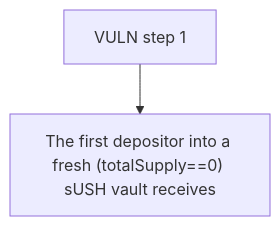
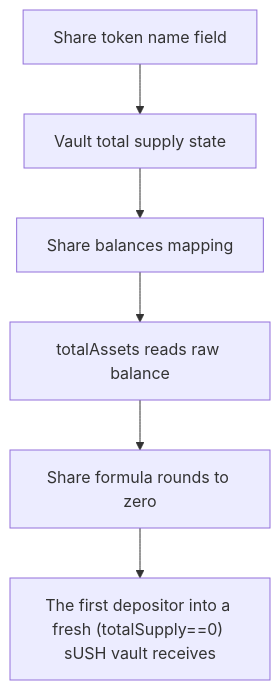
Before and after one commit to sanbir/evm-hack-registry: the diagram in 62715-c-01-first-deposit-can-result-in-zero-shares-due-to-direct-t_exp/62715-c-01-first-deposit-can-result-in-zero-shares-due-to-direct-t_exp.md, drawn with Mermaid. The commit also changed other lines of this file and 79 other files, not shown here.

````diff
--- a/62715-c-01-first-deposit-can-result-in-zero-shares-due-to-direct-t_exp/62715-c-01-first-deposit-can-result-in-zero-shares-due-to-direct-t_exp.md
+++ b/62715-c-01-first-deposit-can-result-in-zero-shares-due-to-direct-t_exp/62715-c-01-first-deposit-can-result-in-zero-shares-due-to-direct-t_exp.md
@@ -28,6 +28,14 @@
 ```mermaid
 flowchart TD
-  S0["VULN step 1"]
+  S0["Share token name field"]
+  S1["Vault total supply state"]
+  S2["Share balances mapping"]
+  S3["totalAssets reads raw balance"]
+  S4["Share formula rounds to zero"]
   H["The first depositor into a fresh (totalSupply==0) sUSH vault receives "]
-  S0 --> H
+  S0 --> S1
+  S1 --> S2
+  S2 --> S3
+  S3 --> S4
+  S4 --> H
 ```
````
